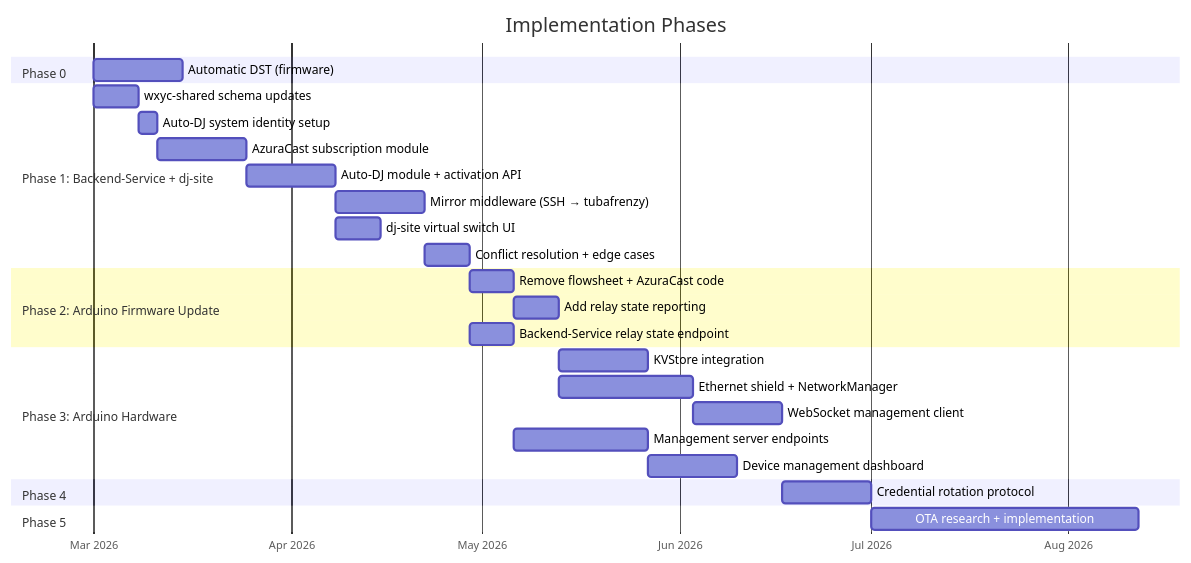
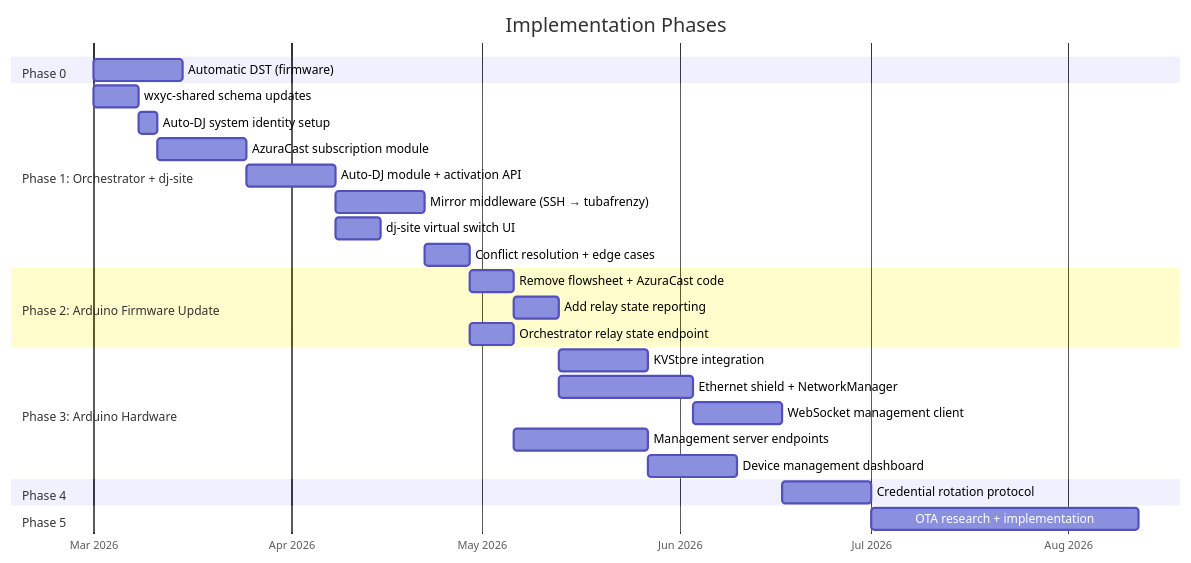
Before and after one commit to WXYC/auto-dj-arduino-switch: diagram 14 of 15 in docs/networking-spec.md, drawn with Mermaid. The commit also changed other lines of this file, not shown here.

First line of the commit message:
Replace Backend-Service with orchestrator where duties apply

````diff
--- a/docs/networking-spec.md
+++ b/docs/networking-spec.md
@@ -2082,36 +2083,36 @@
 ```mermaid
 gantt
     title Implementation Phases
     dateFormat YYYY-MM-DD
     axisFormat %b %Y
 
     section Phase 0
     Automatic DST (firmware)               :p0, 2026-03-01, 14d
 
-    section Phase 1: Backend-Service + dj-site
+    section Phase 1: Orchestrator + dj-site
     wxyc-shared schema updates             :p1a, 2026-03-01, 7d
     Auto-DJ system identity setup          :p1b, after p1a, 3d
     AzuraCast subscription module          :p1c, after p1b, 14d
     Auto-DJ module + activation API        :p1d, after p1c, 14d
     Mirror middleware (SSH → tubafrenzy)   :p1e, after p1d, 14d
     dj-site virtual switch UI              :p1f, after p1d, 7d
     Conflict resolution + edge cases       :p1g, after p1e, 7d
 
     section Phase 2: Arduino Firmware Update
     Remove flowsheet + AzuraCast code      :p2a, after p1g, 7d
     Add relay state reporting              :p2b, after p2a, 7d
-    Backend-Service relay state endpoint   :p2c, after p1g, 7d
+    Orchestrator relay state endpoint      :p2c, after p1g, 7d
 
     section Phase 3: Arduino Hardware
     KVStore integration                    :p3a, after p2b, 14d
     Ethernet shield + NetworkManager       :p3b, after p2b, 21d
     WebSocket management client            :p3c, after p3b, 14d
     Management server endpoints            :p3d, after p2c, 21d
     Device management dashboard            :p3e, after p3d, 14d
 
     section Phase 4
     Credential rotation protocol           :p4a, after p3c, 14d
 
     section Phase 5
     OTA research + implementation          :p5a, after p4a, 42d
 ```
````
